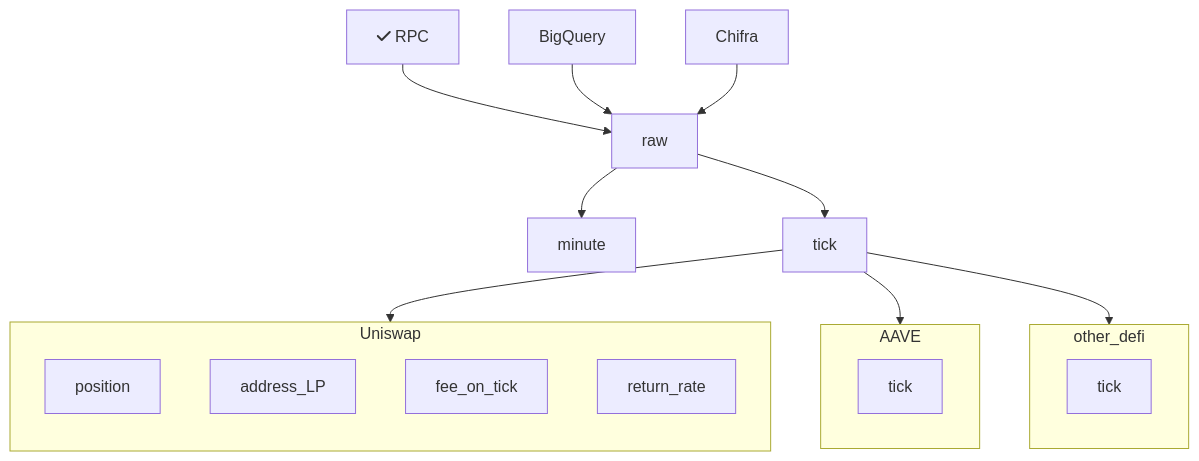
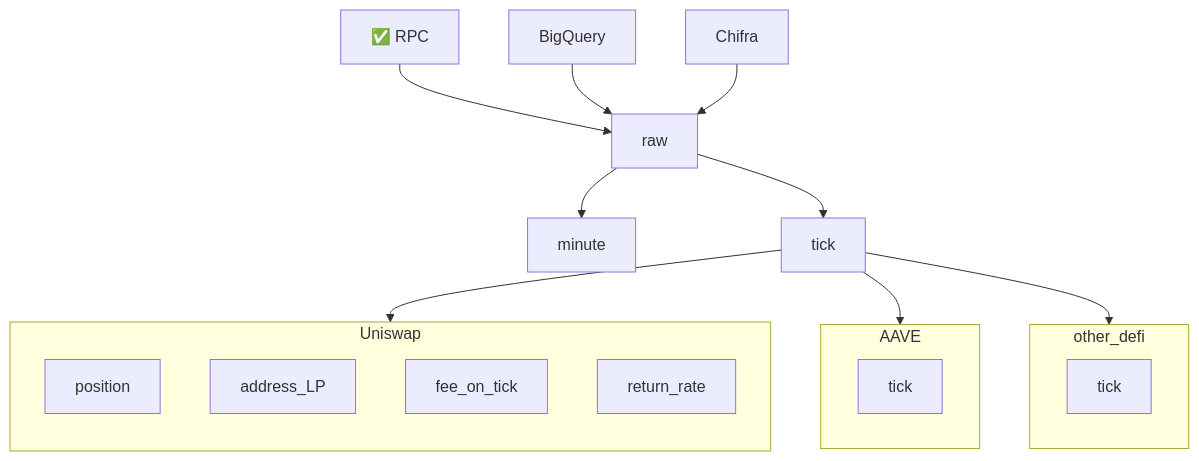
The second of 3 diagrams in README.md (zelos-alpha/demeter-fetch), drawn with Mermaid before and after one commit.

Commit message:
tmp commit

````diff
--- a/README.md
+++ b/README.md
@@ -36,24 +36,24 @@
 ```mermaid
 flowchart TB;
-   RPC[fa:fa-check RPC] --> raw;
+   RPC[✅ RPC] --> raw;
    BigQuery --> raw;
    Chifra --> raw;
    raw --> minute;
    raw --> tick;
    tick --> Uniswap;
    tick --> AAVE;
    tick --> other_defi;
    subgraph Uniswap;
       direction TB;
       position;
       address_LP;
       fee_on_tick;
       return_rate;
    end
    subgraph AAVE;
       aave_tick[tick];
    end
    subgraph other_defi;
       other_tick[tick];
    end
 ```
````
